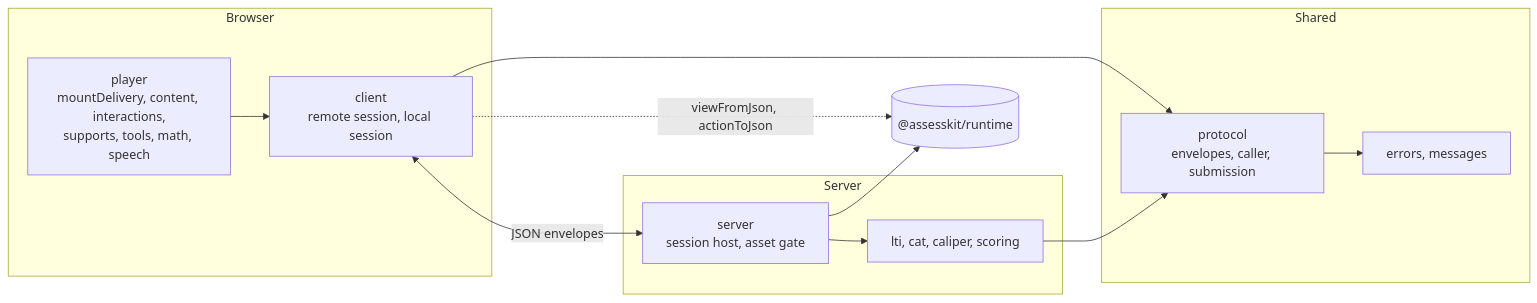
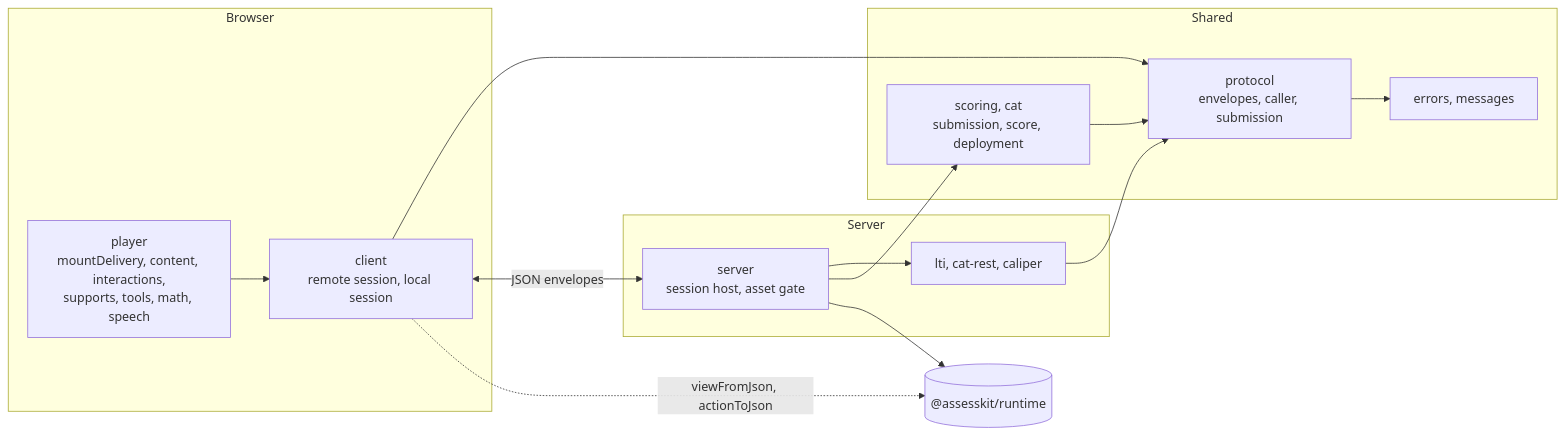
Before and after one commit to assesskit/assesskit: the diagram in packages/player/README.md, drawn with Mermaid. The commit also changed other lines of this file and 29 other files, not shown here.

First line of the commit message:
Keep the REST client of a CAT engine on servers

````diff
--- a/packages/player/README.md
+++ b/packages/player/README.md
@@ -10,22 +10,24 @@
 ```mermaid
 flowchart LR
   subgraph browser["Browser"]
     player["player<br/>mountDelivery, content, interactions,<br/>supports, tools, math, speech"]
     client["client<br/>remote session, local session"]
   end
   subgraph shared["Shared"]
     protocol["protocol<br/>envelopes, caller, submission"]
+    practice["scoring, cat<br/>submission, score, deployment"]
     base["errors, messages"]
   end
   subgraph server["Server"]
     host["server<br/>session host, asset gate"]
-    integrations["lti, cat, caliper, scoring"]
+    integrations["lti, cat-rest, caliper"]
   end
   runtime[("@assesskit/runtime")]
   player --> client --> protocol
   client <-->|"JSON envelopes"| host
   host --> integrations --> protocol
+  host --> practice --> protocol
   protocol --> base
   host --> runtime
   client -.->|"viewFromJson, actionToJson"| runtime
 ```
````
